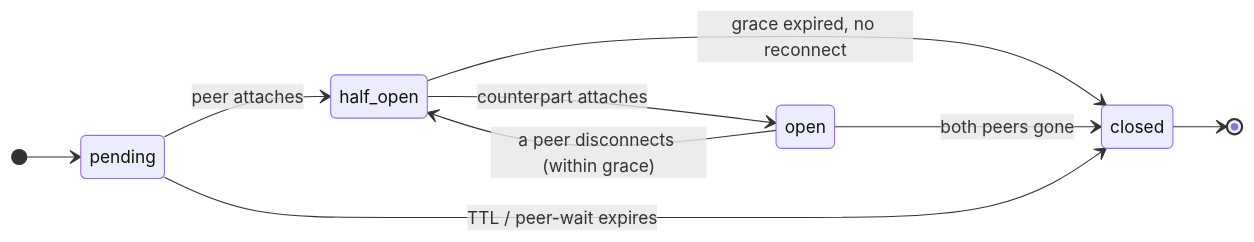
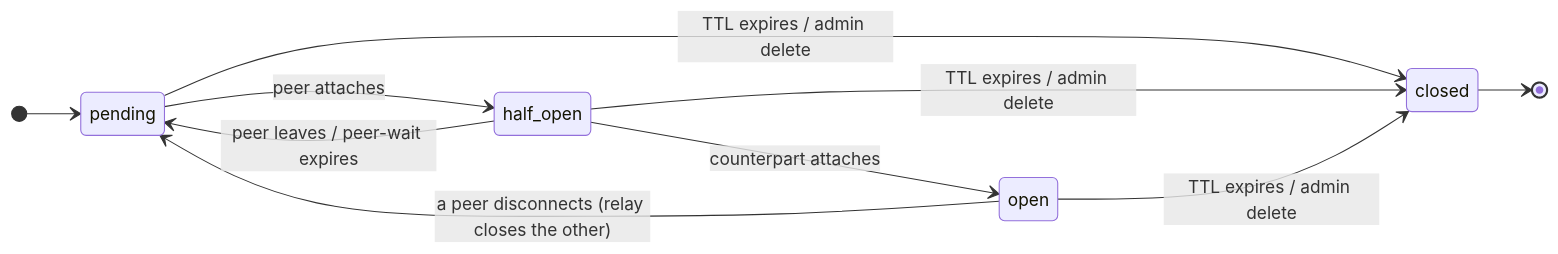
Before and after one commit to emdzej/swsrs: the diagram in docs/guide/architecture.md, drawn with Mermaid. The commit also changed other lines of this file and 3 other files, not shown here.

````diff
--- a/docs/guide/architecture.md
+++ b/docs/guide/architecture.md
@@ -23,17 +23,18 @@
 ```mermaid
 stateDiagram-v2
     direction LR
     [*] --> pending
     pending: pending
     half_open: half_open
     open: open
     closed: closed
 
     pending --> half_open : peer attaches
     half_open --> open : counterpart attaches
-    open --> half_open : a peer disconnects (within grace)
-    half_open --> closed : grace expired, no reconnect
-    open --> closed : both peers gone
-    pending --> closed : TTL / peer-wait expires
+    half_open --> pending : peer leaves / peer-wait expires
+    open --> pending : a peer disconnects (relay closes the other)
+    pending --> closed : TTL expires / admin delete
+    half_open --> closed : TTL expires / admin delete
+    open --> closed : TTL expires / admin delete
     closed --> [*]
 ```
````
